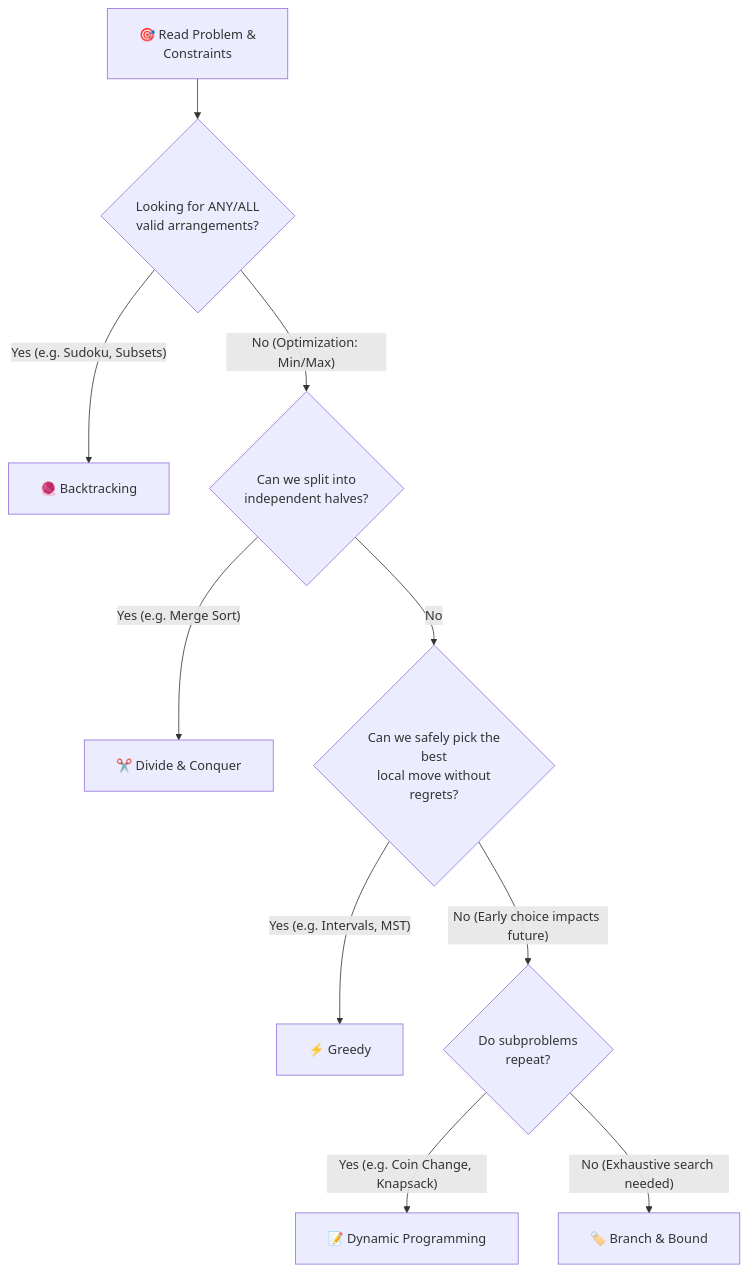
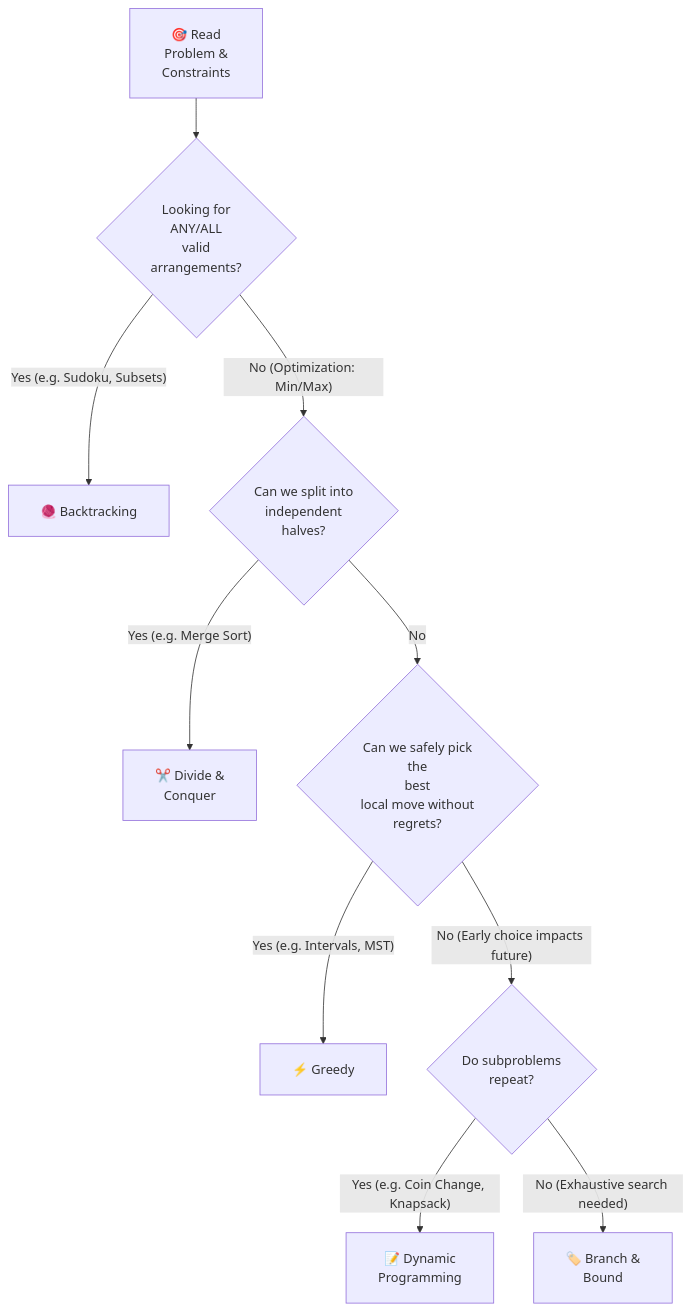
One commit to dip4k/DSA_102 changed the diagram in Paradigms/README.md. Above: the diagram before and after it, drawn with Mermaid. The commit also changed 106 other files, not shown here.

First line of the commit message:
fix(mermaid): prevent text clipping with foreignObject overflow and tighter line wrapping

````diff
--- a/Paradigms/README.md
+++ b/Paradigms/README.md
@@ -40,16 +40,16 @@
 ```mermaid
-%%{init: {"flowchart": {"htmlLabels": true, "padding": 20}}}%%
+%%{init: {"flowchart": {"htmlLabels": true, "padding": 20}, "themeCSS": "foreignObject { overflow: visible !important; }"}}%%
 flowchart TD
-    Start["🎯 Read Problem &<br/>Constraints"] --> Feasible{"Looking for ANY/ALL<br/>valid arrangements?"}
+    Start["🎯 Read<br/>Problem &<br/>Constraints"] --> Feasible{"Looking for<br/>ANY/ALL<br/>valid<br/>arrangements?"}
     Feasible -->|"Yes (e.g. Sudoku, Subsets)"| BT["🧶 Backtracking"]
-    Feasible -->|"No (Optimization: Min/Max)"| SubInd{"Can we split into<br/>independent halves?"}
+    Feasible -->|"No (Optimization: Min/Max)"| SubInd{"Can we split into<br/>independent<br/>halves?"}
     
-    SubInd -->|"Yes (e.g. Merge Sort)"| DC["✂️ Divide & Conquer"]
-    SubInd -->|"No"| SafeChoice{"Can we safely pick the<br/>best<br/>local move without<br/>regrets?"}
+    SubInd -->|"Yes (e.g. Merge Sort)"| DC["✂️ Divide &<br/>Conquer"]
+    SubInd -->|"No"| SafeChoice{"Can we safely pick<br/>the<br/>best<br/>local move without<br/>regrets?"}
     
     SafeChoice -->|"Yes (e.g. Intervals, MST)"| GR["⚡ Greedy"]
     SafeChoice -->|"No (Early choice impacts future)"| Overlap{"Do subproblems<br/>repeat?"}
     
-    Overlap -->|"Yes (e.g. Coin Change, Knapsack)"| DP["📝 Dynamic Programming"]
-    Overlap -->|"No (Exhaustive search needed)"| BB["🏷️ Branch & Bound"]
+    Overlap -->|"Yes (e.g. Coin Change, Knapsack)"| DP["📝 Dynamic<br/>Programming"]
+    Overlap -->|"No (Exhaustive search needed)"| BB["🏷️ Branch &<br/>Bound"]
 ```
````
